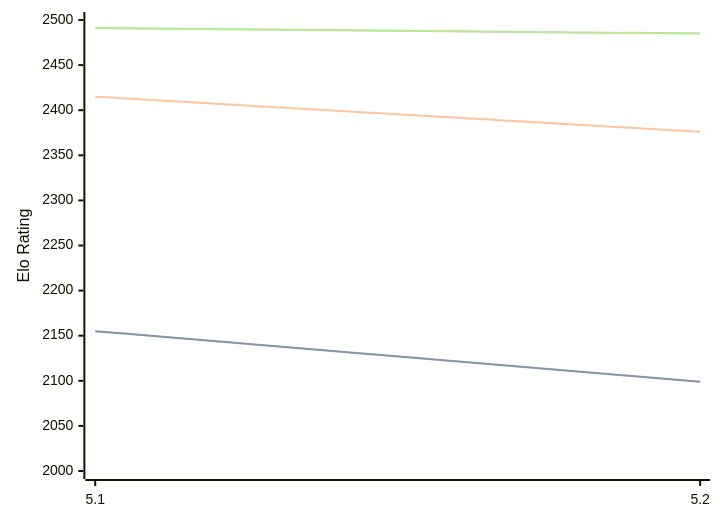
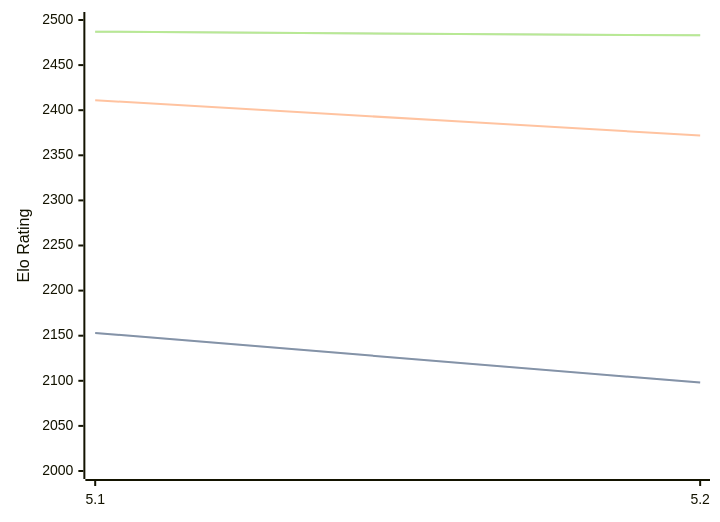
The diagram in engines/Prophet.md (computer-chess-index/cci), drawn with Mermaid before and after one commit. The commit also changed other lines of this file, not shown here.

Commit message:
Update CCI Ratings (ELO VLTC) - 2026-08-12

````diff
--- a/engines/Prophet.md
+++ b/engines/Prophet.md
@@ -32,11 +32,11 @@
 ```mermaid
 %%{init: {"theme":"base","themeVariables":{"seriesColors:['#a3a3a3','#222221','#faa371']}}}%%
 xychart-beta
   x-axis ["5.1", "5.2"]
   y-axis "Elo Rating" 2000 --> 2500
-  line "STC (8.0+0.08s)" [2155, 2099]
-  line "STC (8.0+0.08s)" [2155, 2099]
-  line "LTC (60.0+0.60s)" [2415, 2376]
-  line "VLTC (2m24s+1.12s)" [2491, 2485]
-  line "VLTC (2m24s+1.12s)" [2491, 2485]
+  line "STC (8.0+0.08s)" [2153, 2098]
+  line "STC (8.0+0.08s)" [2153, 2098]
+  line "LTC (60.0+0.60s)" [2411, 2372]
+  line "VLTC (2m24s+1.12s)" [2487, 2483]
+  line "VLTC (2m24s+1.12s)" [2487, 2483]
 ```
````
